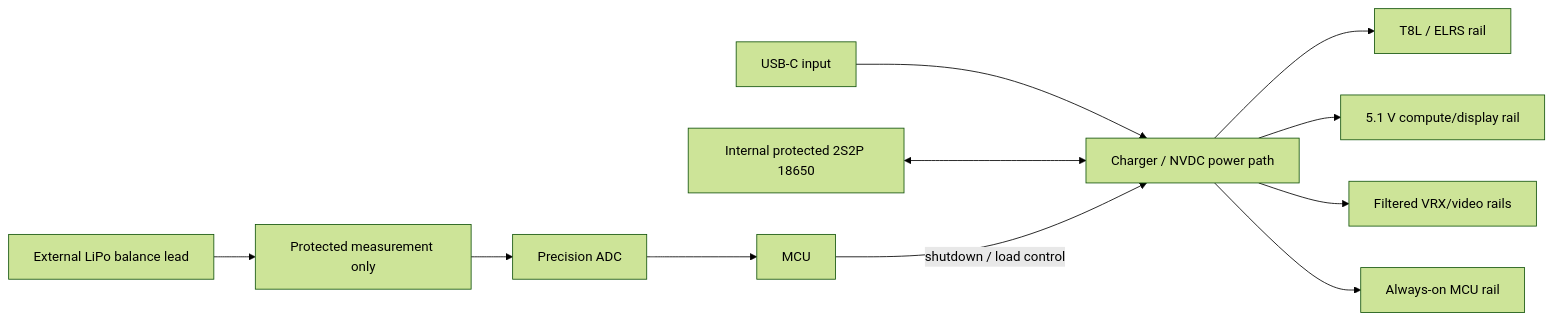
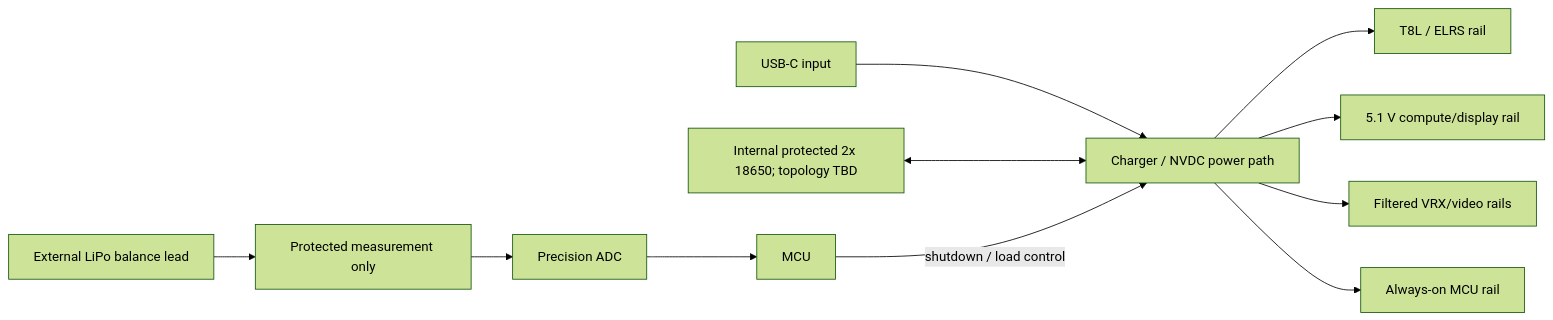
The diagram in docs/assets/diagrams/power-architecture.mmd (wiekstras/FpvDeck), drawn with Mermaid (forest theme) before and after one commit. The commit also changed 40 other files, not shown here.

```diff
--- a/docs/assets/diagrams/power-architecture.mmd
+++ b/docs/assets/diagrams/power-architecture.mmd
@@ -1,10 +1,10 @@
 flowchart LR
   USB[USB-C input] --> PMIC[Charger / NVDC power path]
-  CELL[Internal protected 2S2P 18650] <--> PMIC
+  CELL[Internal protected 2x 18650; topology TBD] <--> PMIC
   PMIC --> T8L[T8L / ELRS rail]
   PMIC --> FIVE[5.1 V compute/display rail]
   PMIC --> QUIET[Filtered VRX/video rails]
   PMIC --> AON[Always-on MCU rail]
   EXT[External LiPo balance lead] --> PROTECT[Protected measurement only] --> ADC[Precision ADC]
   ADC --> MCU[MCU]
   MCU -->|shutdown / load control| PMIC
```
